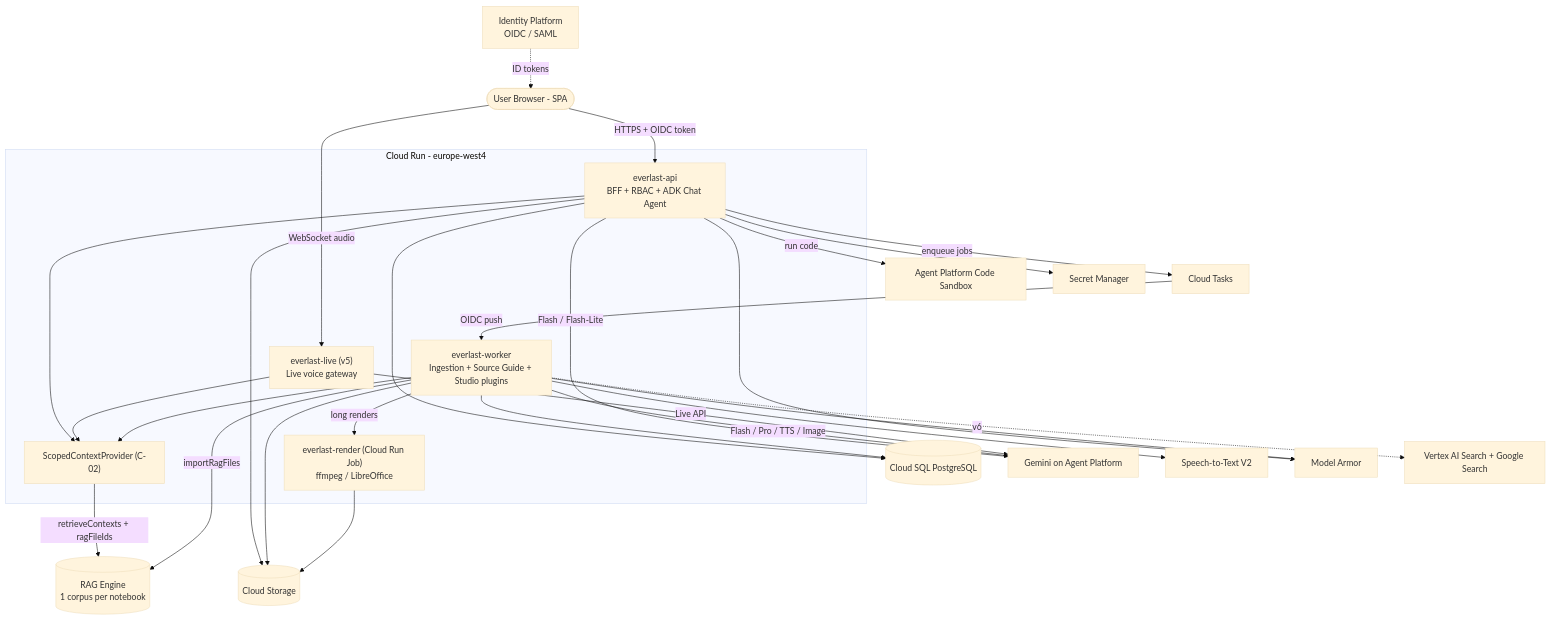
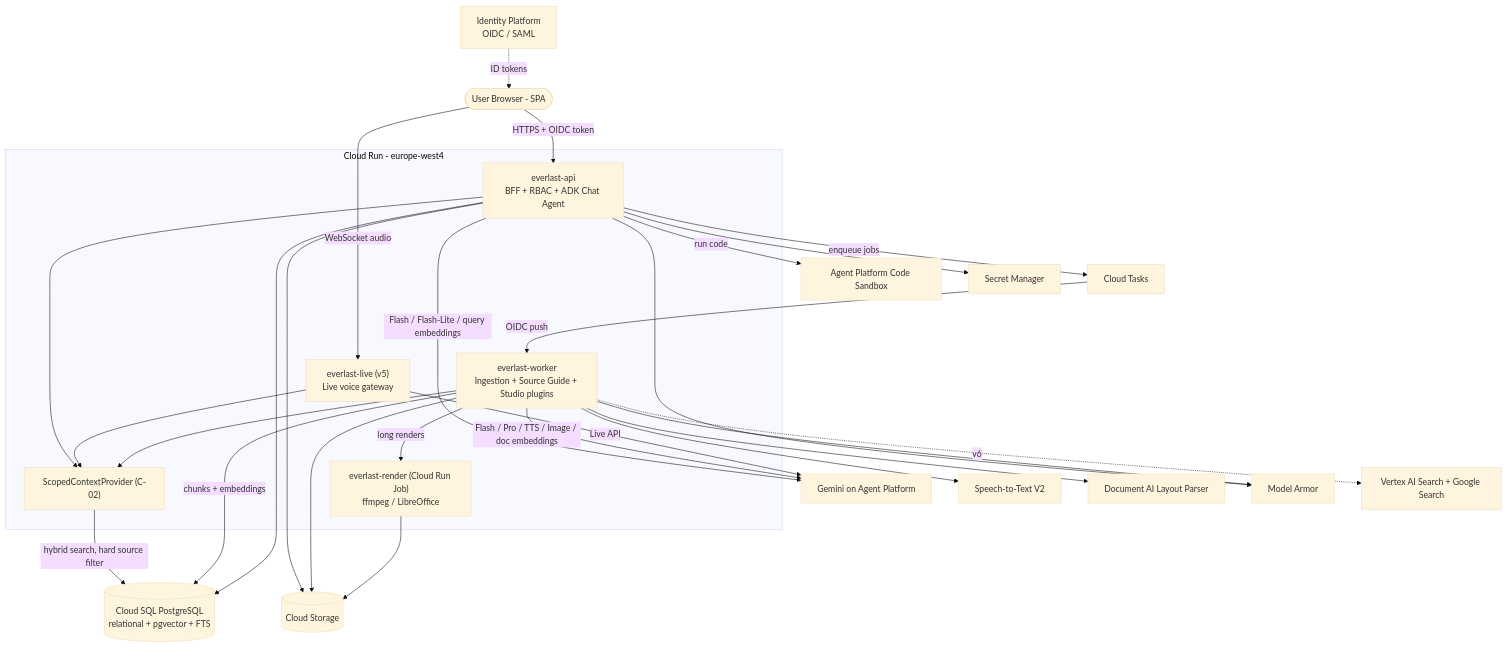
Before and after one commit to lukas-zech-software/everlast-lm: the diagram in docs/solution-architecture.md, drawn with Mermaid (base theme). The commit also changed other lines of this file, not shown here.

First line of the commit message:
docs(architecture): switch retrieval to pgvector, add decisions D7-D9

````diff
--- a/docs/solution-architecture.md
+++ b/docs/solution-architecture.md
@@ -154,39 +161,39 @@
 ```mermaid
 graph TD
     U([User Browser - SPA]) -->|HTTPS + OIDC token| API
     U -->|WebSocket audio| LIVE
     IDP[Identity Platform<br/>OIDC / SAML] -.->|ID tokens| U
 
     subgraph CR["Cloud Run - europe-west4"]
         API["everlast-api<br/>BFF + RBAC + ADK Chat Agent"]
         SCP["ScopedContextProvider (C-02)"]
         WRK["everlast-worker<br/>Ingestion + Source Guide + Studio plugins"]
         LIVE["everlast-live (v5)<br/>Live voice gateway"]
         RJ["everlast-render (Cloud Run Job)<br/>ffmpeg / LibreOffice"]
     end
 
     API --> SCP
     LIVE --> SCP
     WRK --> SCP
     API -->|enqueue jobs| CT[Cloud Tasks]
     CT -->|OIDC push| WRK
     WRK -->|long renders| RJ
 
-    SCP -->|retrieveContexts + ragFileIds| RAG[(RAG Engine<br/>1 corpus per notebook)]
-    WRK -->|importRagFiles| RAG
-    API --> SQL[(Cloud SQL PostgreSQL)]
-    WRK --> SQL
+    SCP -->|"hybrid search, hard source filter"| SQL[(Cloud SQL PostgreSQL<br/>relational + pgvector + FTS)]
+    WRK -->|chunks + embeddings| SQL
+    API --> SQL
     API --> GCS[(Cloud Storage)]
     WRK --> GCS
     RJ --> GCS
 
-    API -->|Flash / Flash-Lite| GEM[Gemini on Agent Platform]
-    WRK -->|Flash / Pro / TTS / Image| GEM
+    API -->|Flash / Flash-Lite / query embeddings| GEM[Gemini on Agent Platform]
+    WRK -->|Flash / Pro / TTS / Image / doc embeddings| GEM
     LIVE -->|Live API| GEM
     API -->|run code| SBX[Agent Platform Code Sandbox]
     WRK --> STT[Speech-to-Text V2]
+    WRK --> DAI[Document AI Layout Parser]
     API --> MA[Model Armor]
     WRK --> MA
     API --> SM[Secret Manager]
     WRK -.->|v6| VAS[Vertex AI Search + Google Search]
 ```
````
